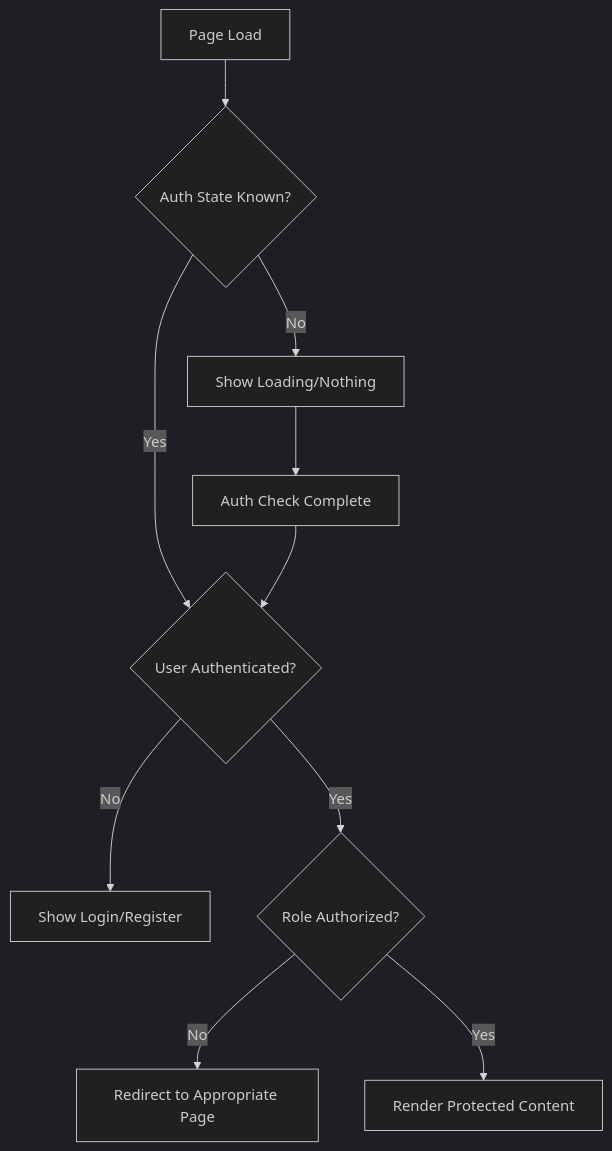
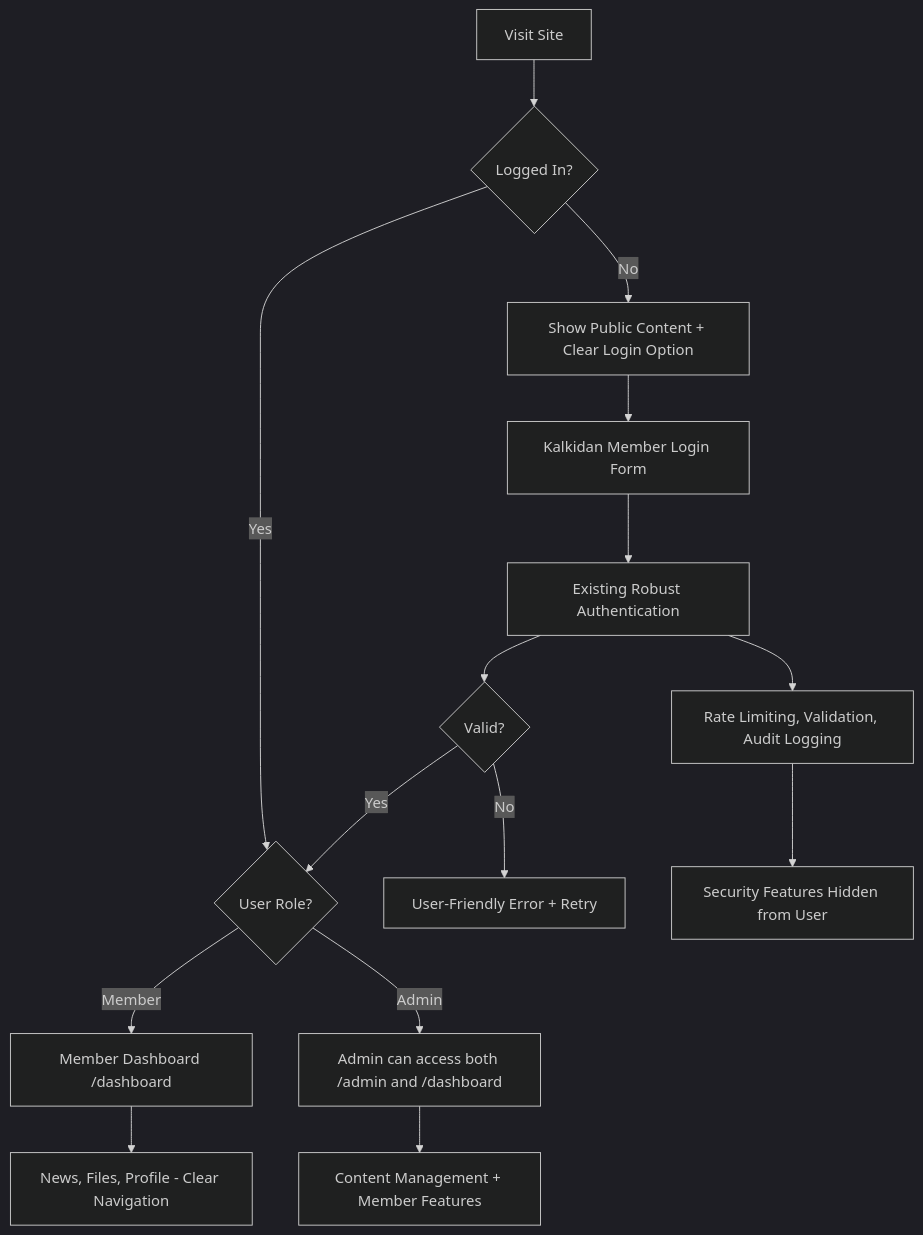
Before and after one commit to gauci/Kalkidan-studio-master: the diagram in .kiro/specs/auth-security-fix/design.md, drawn with Mermaid (dark theme). The commit also changed other lines of this file and 5 other files, not shown here.

First line of the commit message:
Fix authentication UX issues: update branding, improve login flow, and enhance error handling

````diff
--- a/.kiro/specs/auth-security-fix/design.md
+++ b/.kiro/specs/auth-security-fix/design.md
@@ -13,13 +13,20 @@
 ```mermaid
 graph TD
-    A[Page Load] --> B{Auth State Known?}
-    B -->|No| C[Show Loading/Nothing]
-    B -->|Yes| D{User Authenticated?}
-    D -->|No| E[Show Login/Register]
-    D -->|Yes| F{Role Authorized?}
-    F -->|No| G[Redirect to Appropriate Page]
-    F -->|Yes| H[Render Protected Content]
+    A[Visit Site] --> B{Logged In?}
+    B -->|No| C[Show Public Content + Clear Login Option]
+    B -->|Yes| D{User Role?}
+    D -->|Member| E[Member Dashboard /dashboard]
+    D -->|Admin| F[Admin can access both /admin and /dashboard]
     
-    C --> I[Auth Check Complete]
-    I --> D
+    C --> G[Kalkidan Member Login Form]
+    G --> H[Existing Robust Authentication]
+    H --> I{Valid?}
+    I -->|Yes| D
+    I -->|No| J[User-Friendly Error + Retry]
+    
+    E --> K[News, Files, Profile - Clear Navigation]
+    F --> L[Content Management + Member Features]
+    
+    H --> M[Rate Limiting, Validation, Audit Logging]
+    M --> N[Security Features Hidden from User]
 ```
````
